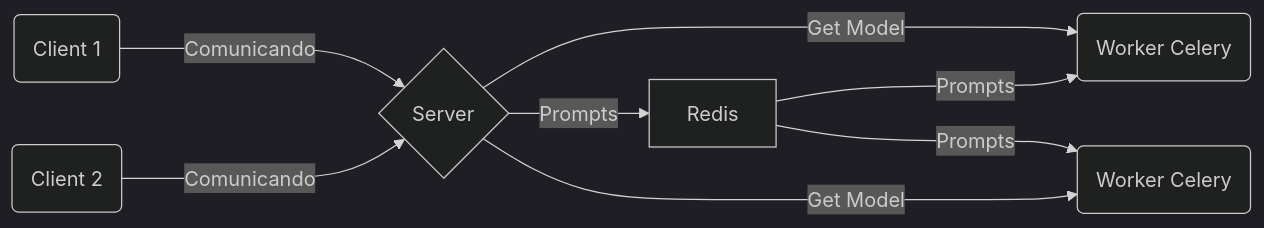
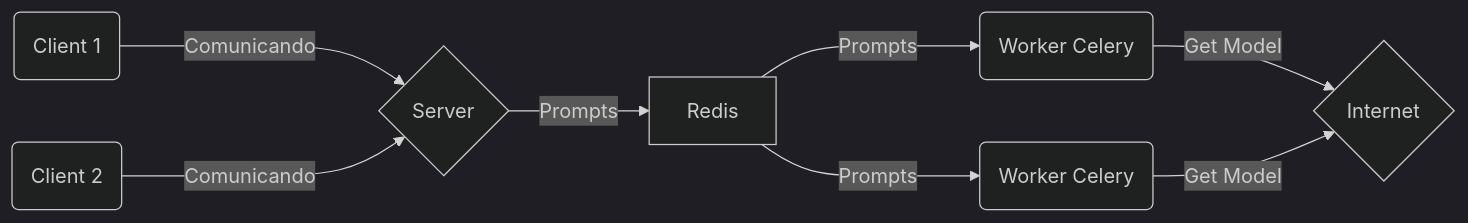
The diagram in Final/doc/proyecto final.md (XxRaXoRxX/Computacion-UM-), drawn with Mermaid (dark theme) before and after one commit. The commit also changed other lines of this file, not shown here.

````diff
--- a/Final/doc/proyecto final.md
+++ b/Final/doc/proyecto final.md
@@ -8,10 +15,19 @@
 ```mermaid
+
 graph LR
+
 A(Client 1) -- Comunicando ---> B{Server}
+
 C(Client 2) -- Comunicando ---> B
+
 B -- Prompts --> D[Redis]
-B -- Get Model --> E(Worker Celery)
+
+E(Worker Celery) -- Get Model --> G{Internet}
+
 D -- Prompts ---> E(Worker Celery)
+
 D -- Prompts ---> F(Worker Celery)
-B -- Get Model --> F(Worker Celery)
+
+F -- Get Model --> G
+
 ```
````
